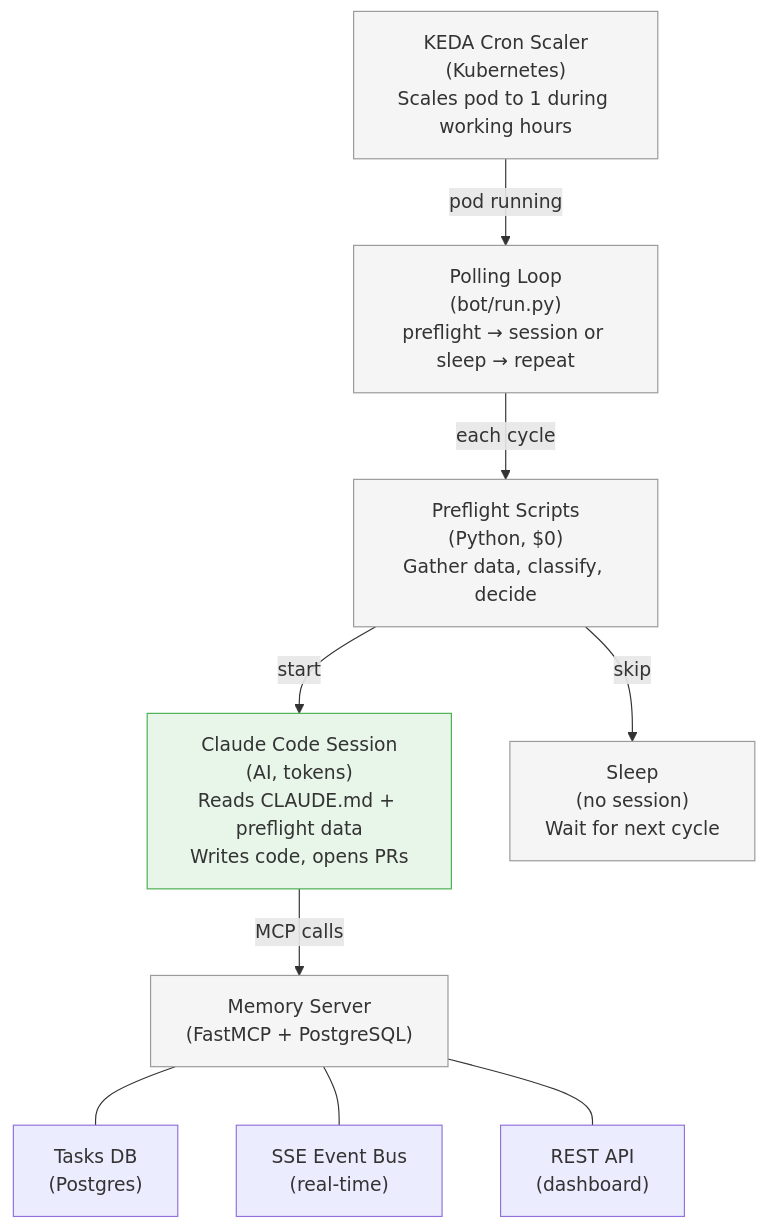
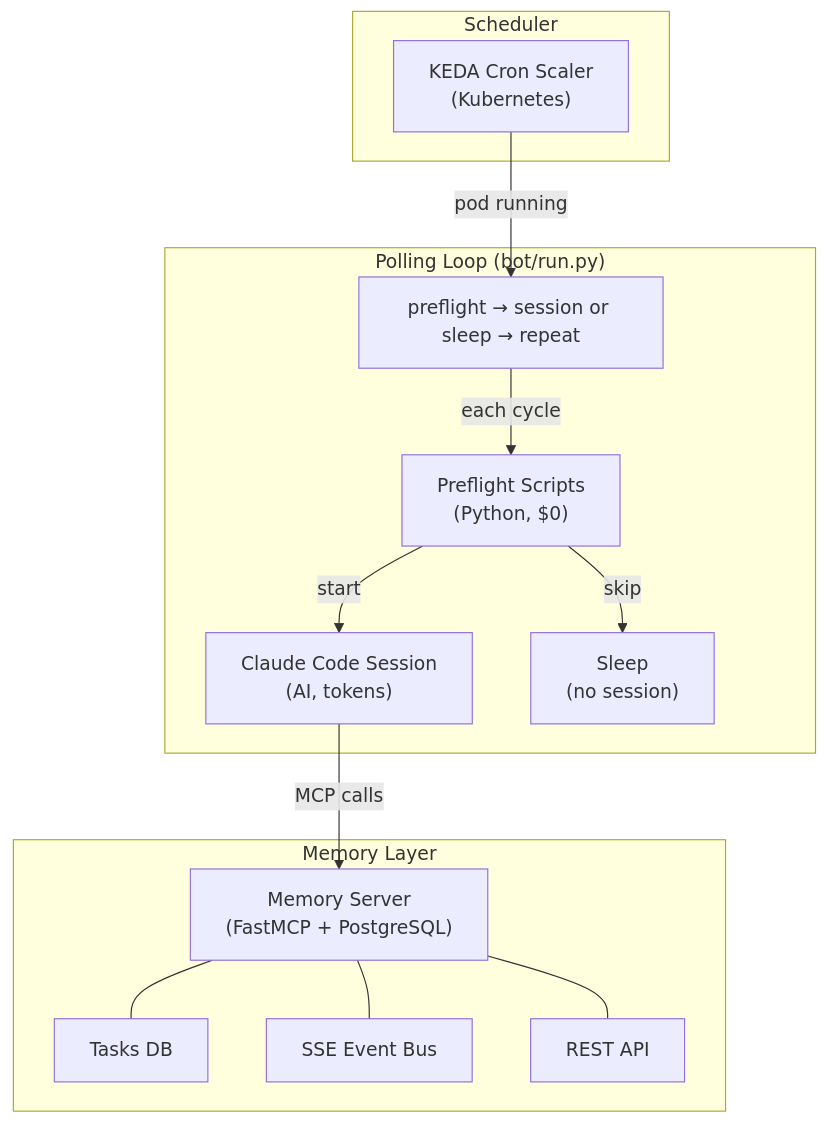
Before and after one commit to Adam0Brien/rehor: the first of 13 diagrams in docs/bot-workflow-loop.md, drawn with Mermaid. The commit also changed other lines of this file and 9 other files, not shown here.

````diff
--- a/docs/bot-workflow-loop.md
+++ b/docs/bot-workflow-loop.md
@@ -7,29 +7,30 @@
 ```mermaid
 graph TB
-    KEDA["KEDA Cron Scaler<br/>(Kubernetes)<br/>Scales pod to 1 during working hours"]
-    Loop["Polling Loop<br/>(bot/run.py)<br/>preflight → session or sleep → repeat"]
-    Preflight["Preflight Scripts<br/>(Python, $0)<br/>Gather data, classify, decide"]
-    Session["Claude Code Session<br/>(AI, tokens)<br/>Reads CLAUDE.md + preflight data<br/>Writes code, opens PRs"]
-    Sleep["Sleep<br/>(no session)<br/>Wait for next cycle"]
-    Memory["Memory Server<br/>(FastMCP + PostgreSQL)"]
 
-    TasksDB["Tasks DB<br/>(Postgres)"]
-    SSE["SSE Event Bus<br/>(real-time)"]
-    REST["REST API<br/>(dashboard)"]
+    subgraph Scheduler["Scheduler"]
+        KEDA["KEDA Cron Scaler<br/>(Kubernetes)"]
+    end
+
+    subgraph Core["Polling Loop (bot/run.py)"]
+        Loop["preflight → session or sleep → repeat"]
+        Preflight["Preflight Scripts<br/>(Python, $0)"]
+        Session["Claude Code Session<br/>(AI, tokens)"]
+        Sleep["Sleep<br/>(no session)"]
+    end
+
+    subgraph Persistence["Memory Layer"]
+        Memory["Memory Server<br/>(FastMCP + PostgreSQL)"]
+        TasksDB["Tasks DB"]
+        SSE["SSE Event Bus"]
+        REST["REST API"]
+    end
 
     KEDA -->|"pod running"| Loop
     Loop -->|"each cycle"| Preflight
     Preflight -->|"start"| Session
     Preflight -->|"skip"| Sleep
     Session -->|"MCP calls"| Memory
     Memory --- TasksDB
     Memory --- SSE
     Memory --- REST
-
-    style KEDA fill:#f5f5f5,stroke:#999
-    style Loop fill:#f5f5f5,stroke:#999
-    style Preflight fill:#f5f5f5,stroke:#999
-    style Sleep fill:#f5f5f5,stroke:#999
-    style Session fill:#e8f5e9,stroke:#4caf50
-    style Memory fill:#f5f5f5,stroke:#999
 ```
````
